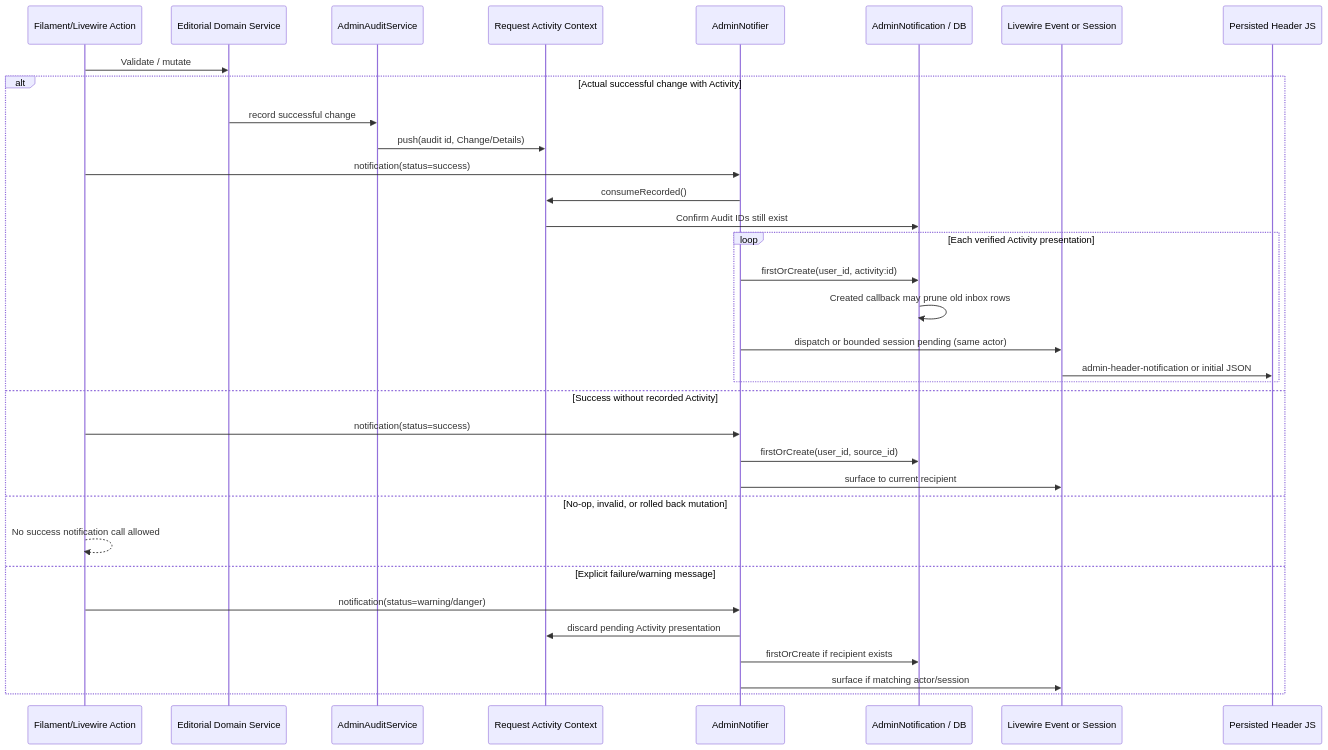
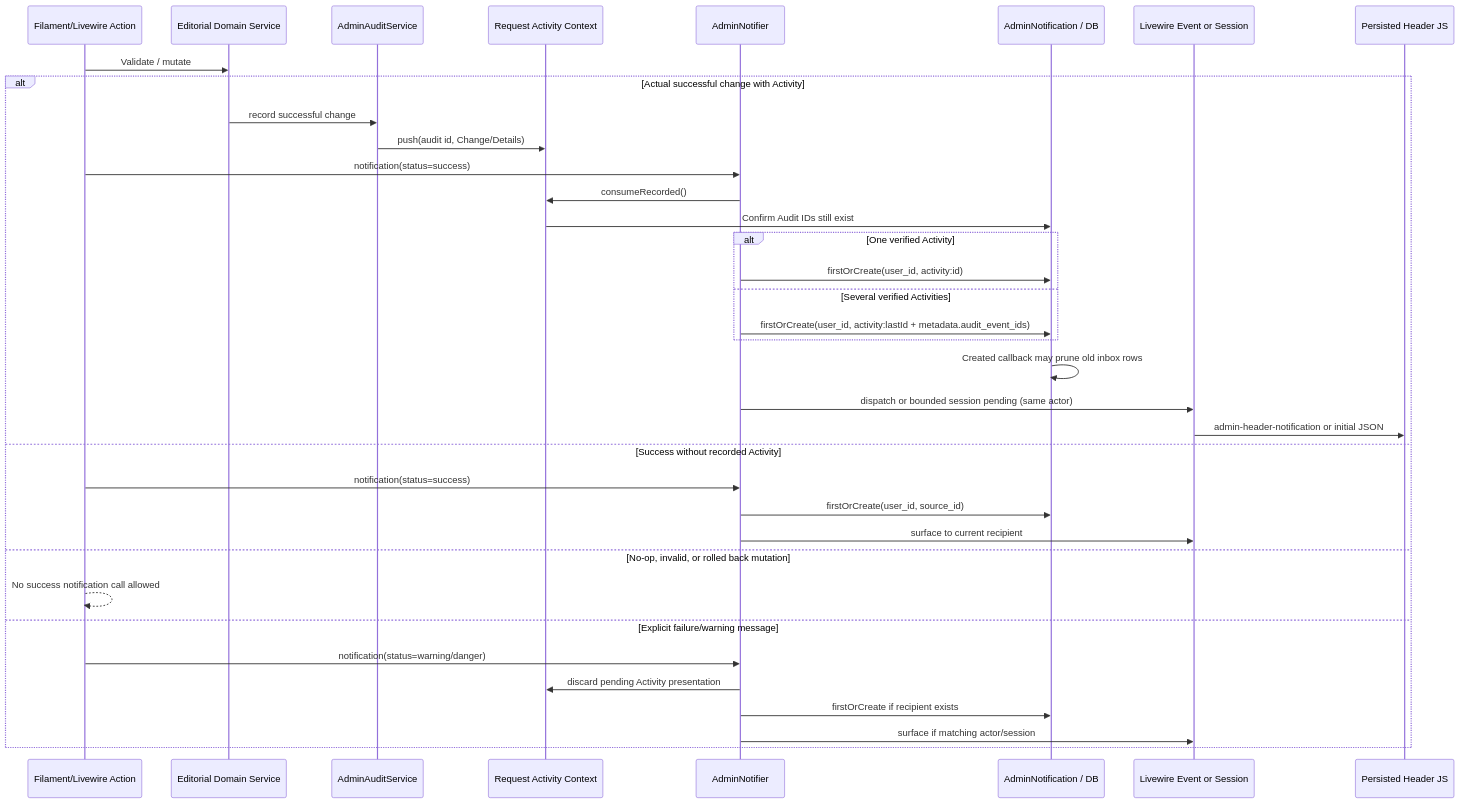
Before and after one commit to Wiiii90/moeller-lars: the diagram in docs/architecture/admin-notification-transport.md, drawn with Mermaid. The commit also changed other lines of this file and 10 other files, not shown here.

````diff
--- a/docs/architecture/admin-notification-transport.md
+++ b/docs/architecture/admin-notification-transport.md
@@ -27,37 +27,39 @@
 ```mermaid
 sequenceDiagram
     participant UI as Filament/Livewire Action
     participant Domain as Editorial Domain Service
     participant Audit as AdminAuditService
     participant Context as Request Activity Context
     participant Notifier as AdminNotifier
     participant DB as AdminNotification / DB
     participant Shell as Livewire Event or Session
     participant Header as Persisted Header JS
 
     UI->>Domain: Validate / mutate
     alt Actual successful change with Activity
         Domain->>Audit: record successful change
         Audit->>Context: push(audit id, Change/Details)
         UI->>Notifier: notification(status=success)
         Notifier->>Context: consumeRecorded()
         Context->>DB: Confirm Audit IDs still exist
-        loop Each verified Activity presentation
+        alt One verified Activity
             Notifier->>DB: firstOrCreate(user_id, activity:id)
-            DB->>DB: Created callback may prune old inbox rows
-            Notifier->>Shell: dispatch or bounded session pending (same actor)
-            Shell->>Header: admin-header-notification or initial JSON
+        else Several verified Activities
+            Notifier->>DB: firstOrCreate(user_id, activity:lastId + metadata.audit_event_ids)
         end
+        DB->>DB: Created callback may prune old inbox rows
+        Notifier->>Shell: dispatch or bounded session pending (same actor)
+        Shell->>Header: admin-header-notification or initial JSON
     else Success without recorded Activity
         UI->>Notifier: notification(status=success)
         Notifier->>DB: firstOrCreate(user_id, source_id)
         Notifier->>Shell: surface to current recipient
     else No-op, invalid, or rolled back mutation
         UI-->>UI: No success notification call allowed
     else Explicit failure/warning message
         UI->>Notifier: notification(status=warning/danger)
         Notifier->>Context: discard pending Activity presentation
         Notifier->>DB: firstOrCreate if recipient exists
         Notifier->>Shell: surface if matching actor/session
     end
 ```
````
